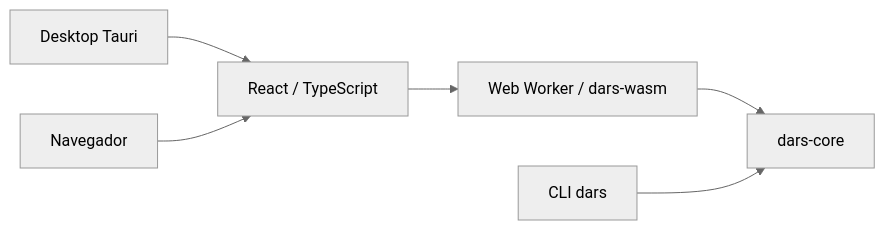
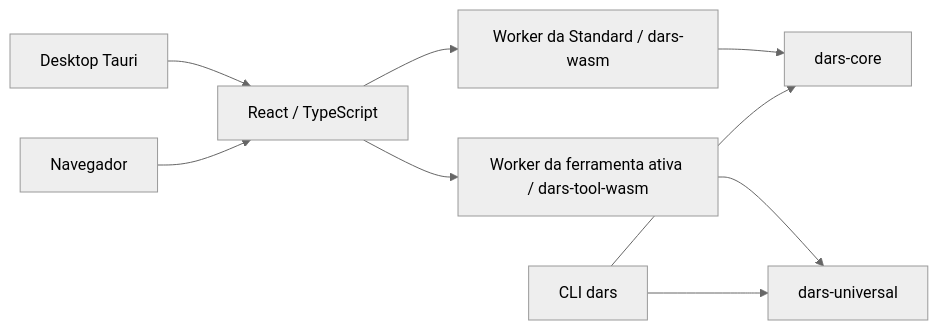
Before and after one commit to daniloatila/universal-calculator-dars: the diagram in docs/pt-BR/architecture.md, drawn with Mermaid (neutral theme). The commit also changed other lines of this file and 32 other files, not shown here.

````diff
--- a/docs/pt-BR/architecture.md
+++ b/docs/pt-BR/architecture.md
@@ -7,8 +7,11 @@
 ```mermaid
 flowchart LR
     Desktop["Desktop Tauri"] --> Frontend["React / TypeScript"]
     Browser["Navegador"] --> Frontend
-    Frontend --> Wasm["Web Worker / dars-wasm"]
+    Frontend --> Wasm["Worker da Standard / dars-wasm"]
+    Frontend --> ToolWasm["Worker da ferramenta ativa / dars-tool-wasm"]
     Wasm --> Core["dars-core"]
+    ToolWasm --> Tools["dars-universal"]
     Cli["CLI dars"] --> Core
+    Cli --> Tools
 ```
````
